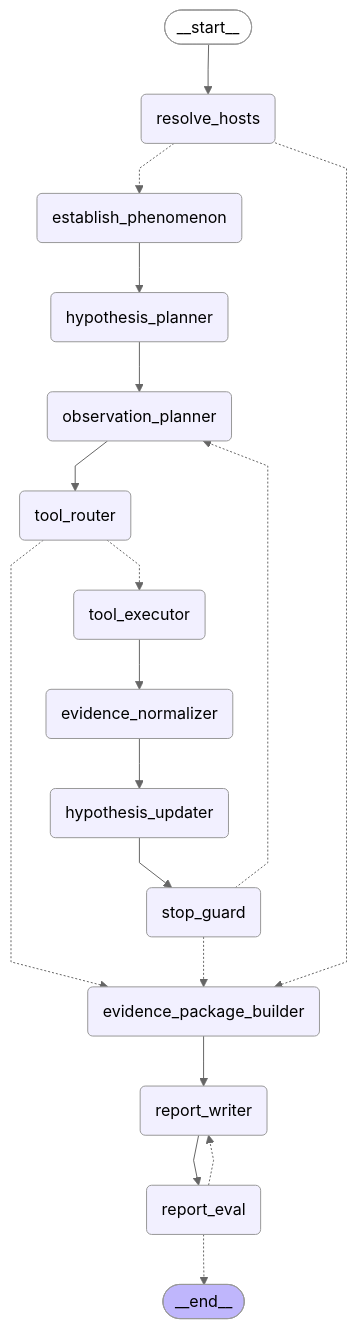
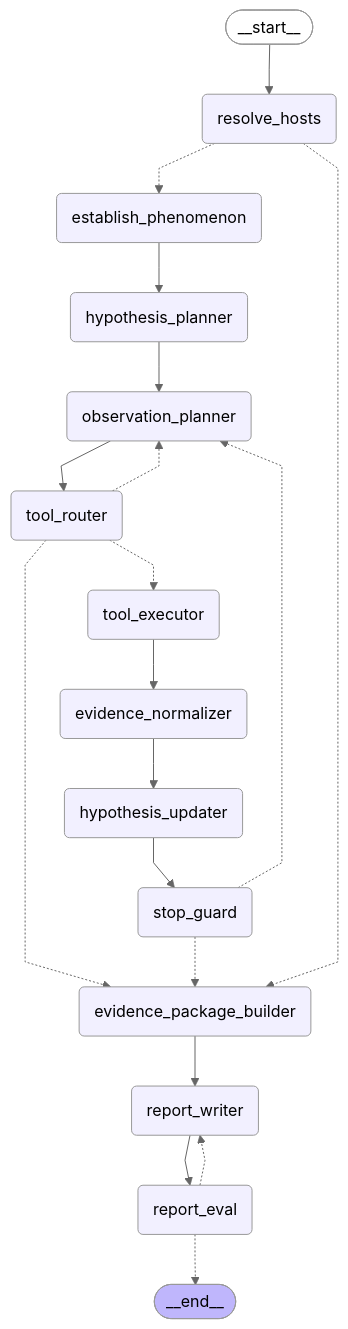
One commit to Edrient17/aiops-rca-orchestrator changed the diagram in rca-api/docs/collector-graph.md. Above: the diagram before and after it, drawn with Mermaid (neutral theme). The commit also changed 7 other files, not shown here.

````diff
--- a/rca-api/docs/collector-graph.md
+++ b/rca-api/docs/collector-graph.md
@@ -10,42 +10,43 @@
 ```mermaid
 ---
 config:
   flowchart:
     curve: linear
 ---
 graph TD;
 	__start__([<p>__start__</p>]):::first
 	resolve_hosts(resolve_hosts)
 	establish_phenomenon(establish_phenomenon)
 	hypothesis_planner(hypothesis_planner)
 	observation_planner(observation_planner)
 	tool_router(tool_router)
 	tool_executor(tool_executor)
 	evidence_normalizer(evidence_normalizer)
 	hypothesis_updater(hypothesis_updater)
 	stop_guard(stop_guard)
 	evidence_package_builder(evidence_package_builder)
 	report_writer(report_writer)
 	report_eval(report_eval)
 	__end__([<p>__end__</p>]):::last
 	__start__ --> resolve_hosts;
 	establish_phenomenon --> hypothesis_planner;
 	evidence_normalizer --> hypothesis_updater;
 	evidence_package_builder --> report_writer;
 	hypothesis_planner --> observation_planner;
 	hypothesis_updater --> stop_guard;
 	observation_planner --> tool_router;
 	report_eval -.-> __end__;
 	report_eval -.-> report_writer;
 	report_writer --> report_eval;
 	resolve_hosts -.-> establish_phenomenon;
 	resolve_hosts -.-> evidence_package_builder;
 	stop_guard -.-> evidence_package_builder;
 	stop_guard -.-> observation_planner;
 	tool_executor --> evidence_normalizer;
 	tool_router -.-> evidence_package_builder;
+	tool_router -.-> observation_planner;
 	tool_router -.-> tool_executor;
 	classDef default fill:#f2f0ff,line-height:1.2
 	classDef first fill-opacity:0
 	classDef last fill:#bfb6fc
 ```
````
